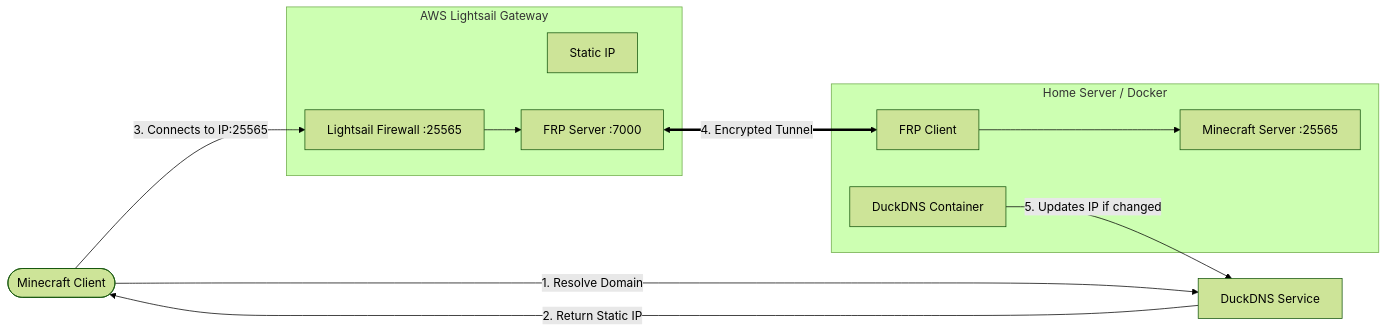
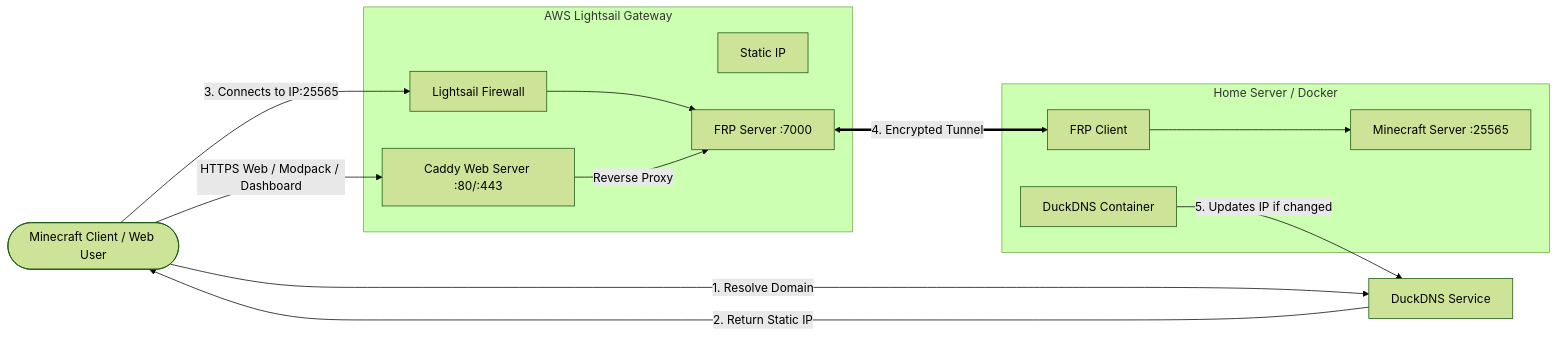
The diagram in README.md (ElliotRedhead/HybridMCServer), drawn with Mermaid (forest theme) before and after one commit. The commit also changed other lines of this file and 1 other file, not shown here.

````diff
--- a/README.md
+++ b/README.md
@@ -13,24 +15,28 @@
 ```mermaid
 graph LR
-    User([Minecraft Client]) -- 1. Resolve Domain --> DNS[DuckDNS Service]
+    User([Minecraft Client / Web User]) -- 1. Resolve Domain --> DNS[DuckDNS Service]
     DNS -- 2. Return Static IP --> User
 
     subgraph AWS [AWS Lightsail Gateway]
         IP[Static IP]
+        CADDY[Caddy Web Server :80/:443]
         FRP_S[FRP Server :7000]
-        FW[Lightsail Firewall :25565]
+        FW[Lightsail Firewall]
     end
 
     User -- 3. Connects to IP:25565 --> FW
+    User -- HTTPS Web / Modpack / Dashboard --> CADDY
+
     FW --> FRP_S
+    CADDY -- Reverse Proxy --> FRP_S
 
     subgraph Home [Home Server / Docker]
         FRP_C[FRP Client]
         MC[Minecraft Server :25565]
         DDNS[DuckDNS Container]
     end
 
     FRP_S <== 4. Encrypted Tunnel ==> FRP_C
     FRP_C --> MC
     DDNS -- 5. Updates IP if changed --> DNS
 ```
````
